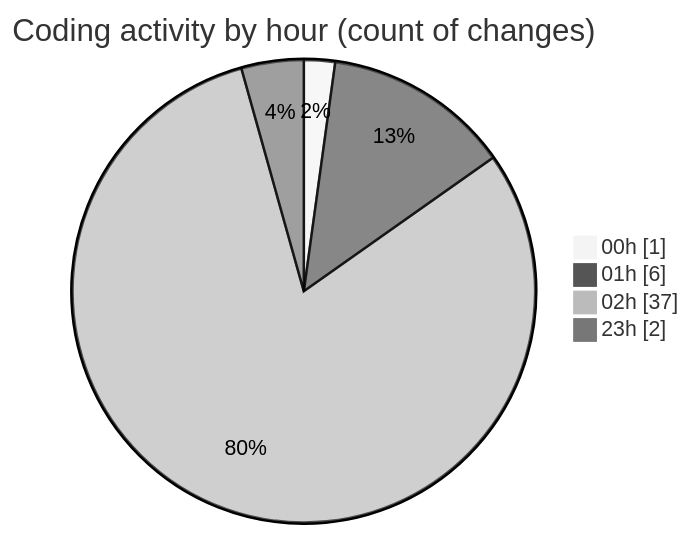
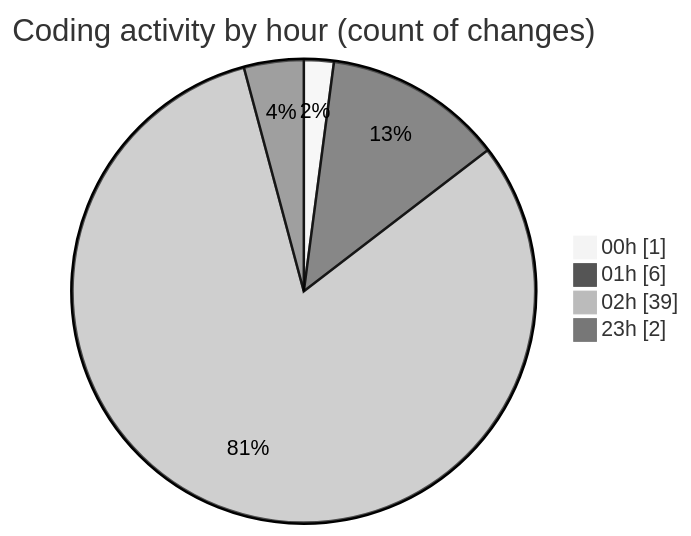
Before and after one commit to charlie-sans/code-tracking: the second of 2 diagrams in 2025-02-19/masm/README.md, drawn with Mermaid (neutral theme). The commit also changed other lines of this file and 1 other file, not shown here.

````diff
--- a/2025-02-19/masm/README.md
+++ b/2025-02-19/masm/README.md
@@ -35,8 +35,8 @@
 ```mermaid
 pie showData
 title Coding activity by hour (count of changes)
 "00h" : 1
 "01h" : 6
-"02h" : 37
+"02h" : 39
 "23h" : 2
 ```
````
